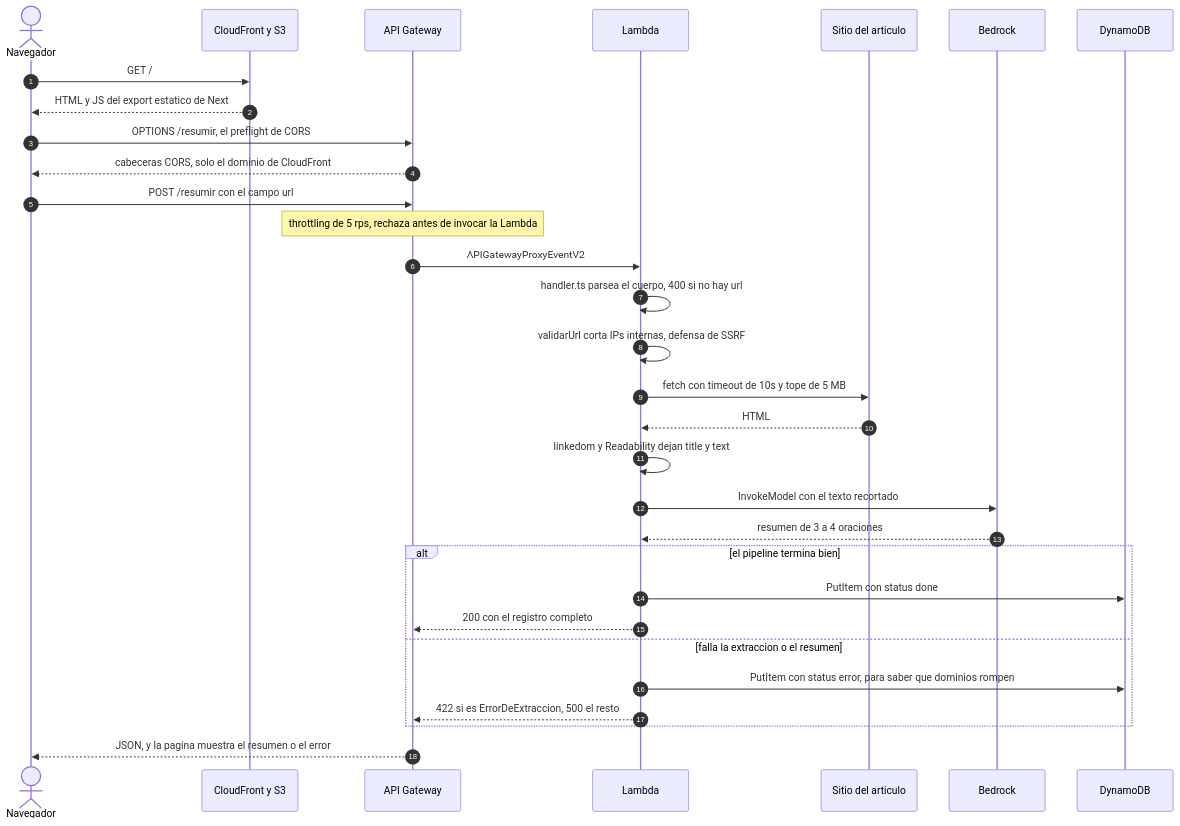
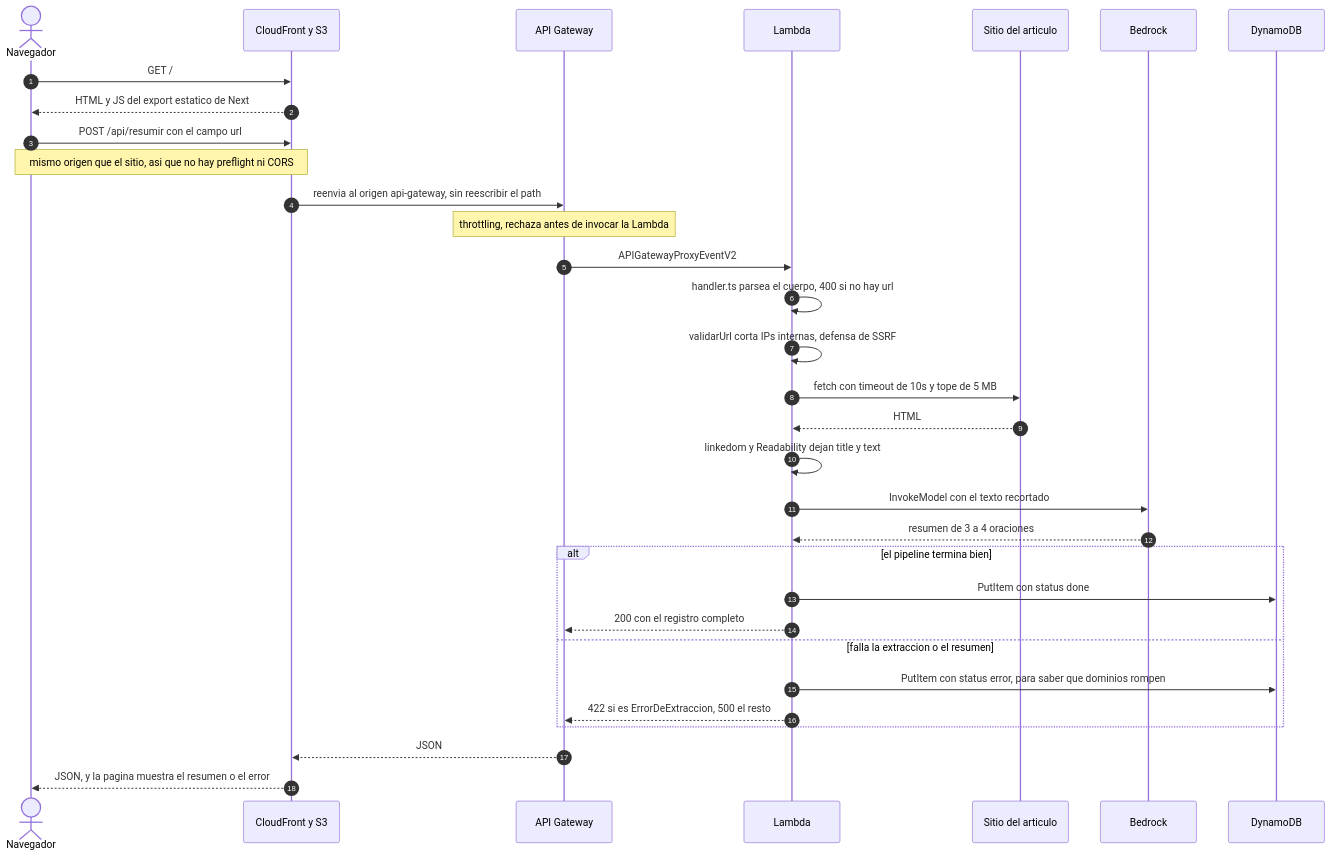
Before and after one commit to AugustoSoria/articulos_resumidor: the diagram in README.md, drawn with Mermaid. The commit also changed 3 other files, not shown here.

Commit message:
enruta la API por CloudFront con un behavior /api/* y elimina CORS por ser mismo origen

````diff
--- a/README.md
+++ b/README.md
@@ -52,38 +52,39 @@
 ```mermaid
 sequenceDiagram
     autonumber
     actor U as Navegador
     participant CF as CloudFront y S3
     participant API as API Gateway
     participant L as Lambda
     participant W as Sitio del articulo
     participant B as Bedrock
     participant D as DynamoDB
 
     U->>CF: GET /
     CF-->>U: HTML y JS del export estatico de Next
 
-    U->>API: OPTIONS /resumir, el preflight de CORS
-    API-->>U: cabeceras CORS, solo el dominio de CloudFront
-    U->>API: POST /resumir con el campo url
-    Note over API: throttling de 5 rps, rechaza antes de invocar la Lambda
+    U->>CF: POST /api/resumir con el campo url
+    Note over U,CF: mismo origen que el sitio, asi que no hay preflight ni CORS
+    CF->>API: reenvia al origen api-gateway, sin reescribir el path
+    Note over API: throttling, rechaza antes de invocar la Lambda
 
     API->>L: APIGatewayProxyEventV2
     L->>L: handler.ts parsea el cuerpo, 400 si no hay url
     L->>L: validarUrl corta IPs internas, defensa de SSRF
     L->>W: fetch con timeout de 10s y tope de 5 MB
     W-->>L: HTML
     L->>L: linkedom y Readability dejan title y text
     L->>B: InvokeModel con el texto recortado
     B-->>L: resumen de 3 a 4 oraciones
 
     alt el pipeline termina bien
         L->>D: PutItem con status done
         L-->>API: 200 con el registro completo
     else falla la extraccion o el resumen
         L->>D: PutItem con status error, para saber que dominios rompen
         L-->>API: 422 si es ErrorDeExtraccion, 500 el resto
     end
 
-    API-->>U: JSON, y la pagina muestra el resumen o el error
+    API-->>CF: JSON
+    CF-->>U: JSON, y la pagina muestra el resumen o el error
 ```
````
